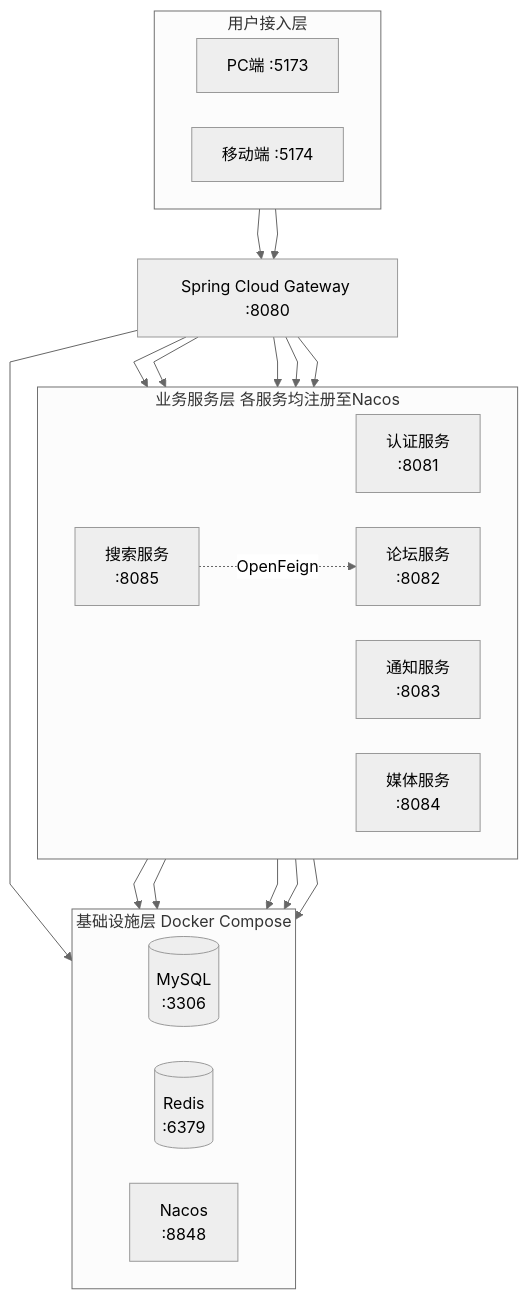
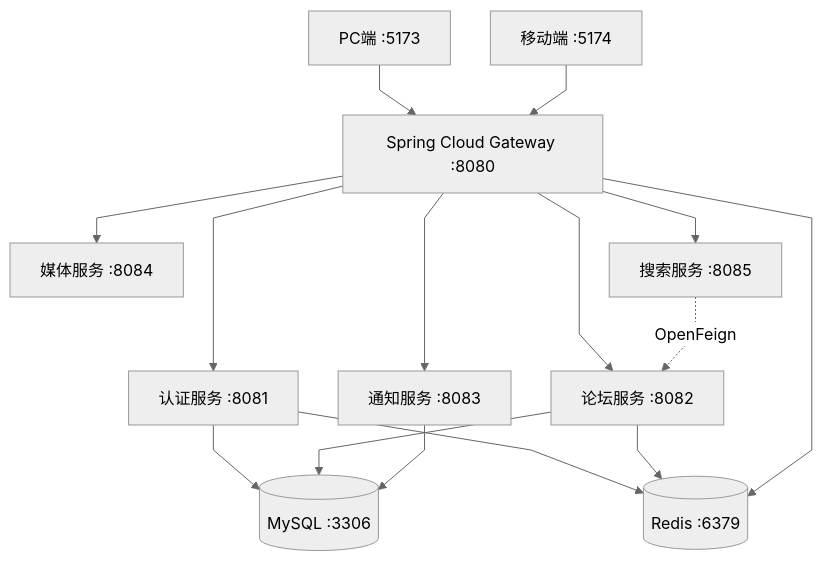
The diagram in docs/diagrams/fig4-1-deployment.mmd (Wkjlovec/graduation_project_zhuang), drawn with Mermaid before and after one commit. The commit also changed 4 other files, not shown here.

Commit message:
docs: 简化图4-1部署图, 新增4.2功能模块设计(7模块+前端详述+模块结构图)

```diff
--- a/docs/diagrams/fig4-1-deployment.mmd
+++ b/docs/diagrams/fig4-1-deployment.mmd
@@ -1,40 +1,17 @@
-%%{init: {'theme': 'neutral', 'flowchart': {'curve': 'linear', 'rankSpacing': 50, 'nodeSpacing': 35}}}%%
+%%{init: {'theme': 'neutral', 'flowchart': {'curve': 'linear', 'rankSpacing': 50, 'nodeSpacing': 40}}}%%
 graph TB
-    subgraph 用户接入层
-        direction LR
-        PC["PC端 :5173"]
-        MOB["移动端 :5174"]
-    end
-
+    PC["PC端 :5173"] --> GW
+    MOB["移动端 :5174"] --> GW
     GW["Spring Cloud Gateway :8080"]
-
-    subgraph 业务服务层 各服务均注册至Nacos
-        direction LR
-        AUTH["认证服务\n:8081"]
-        NOTIFY["通知服务\n:8083"]
-        FORUM["论坛服务\n:8082"]
-        MEDIA["媒体服务\n:8084"]
-        SEARCH["搜索服务\n:8085"]
-    end
-
-    subgraph 基础设施层 Docker Compose
-        direction LR
-        DB[("MySQL\n:3306")]
-        RD[("Redis\n:6379")]
-        NACOS["Nacos\n:8848"]
-    end
-
-    PC --> GW
-    MOB --> GW
-    GW --> AUTH
-    GW --> NOTIFY
-    GW --> FORUM
-    GW --> MEDIA
-    GW --> SEARCH
+    GW --> AUTH["认证服务 :8081"]
+    GW --> FORUM["论坛服务 :8082"]
+    GW --> NOTIFY["通知服务 :8083"]
+    GW --> MEDIA["媒体服务 :8084"]
+    GW --> SEARCH["搜索服务 :8085"]
     SEARCH -.->|OpenFeign| FORUM
-    AUTH --> DB
+    AUTH --> DB[("MySQL :3306")]
+    FORUM --> DB
     NOTIFY --> DB
-    FORUM --> DB
-    AUTH --> RD
+    AUTH --> RD[("Redis :6379")]
     FORUM --> RD
     GW --> RD
```
